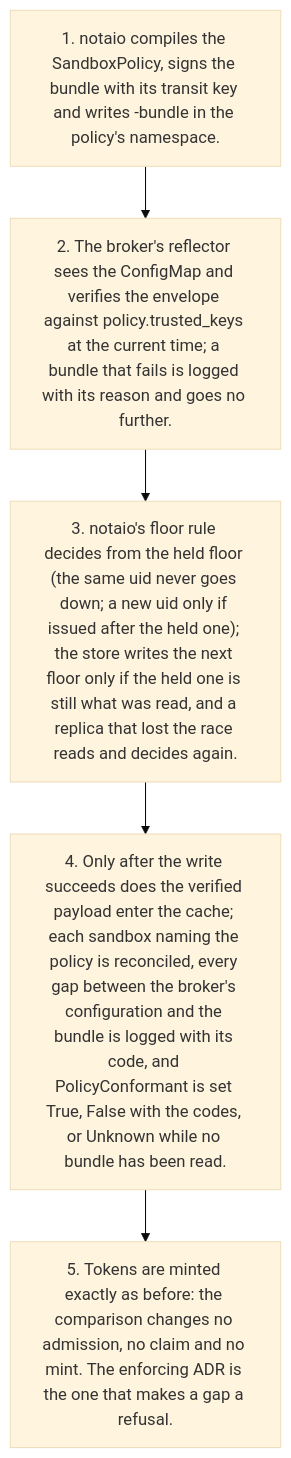
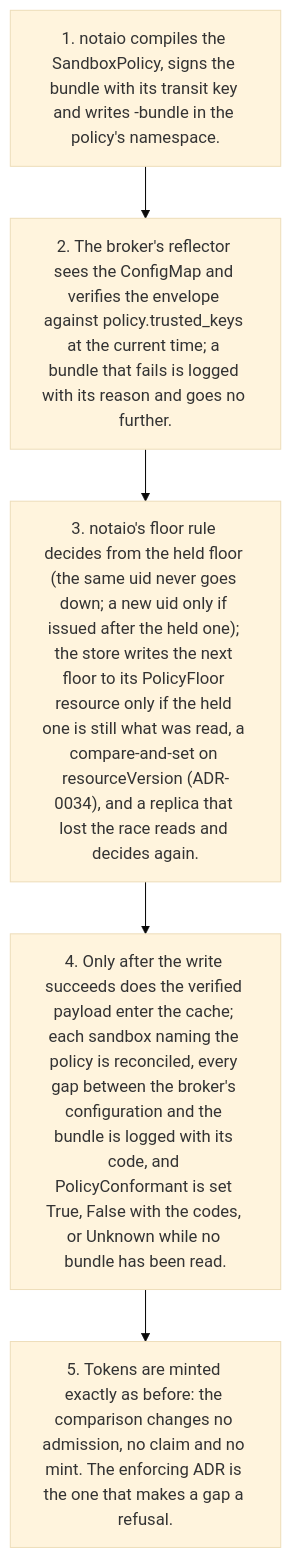
One commit to firestoned/mediatore changed the fourth of 4 diagrams in docs/architecture/diagrams/flows.md. Above: the diagram before and after it, drawn with Mermaid (base theme). The commit also changed 56 other files, not shown here.

First line of the commit message:
feat(store): the Kubernetes API as the broker store (ADR-0034, roadmap 05) (#97)

````diff
--- a/docs/architecture/diagrams/flows.md
+++ b/docs/architecture/diagrams/flows.md
@@ -86,9 +86,9 @@
 ```mermaid
 flowchart TD
     t1["1. notaio compiles the SandboxPolicy, signs the bundle with its transit key and writes <policy>-bundle in the policy's namespace."]
     t2["2. The broker's reflector sees the ConfigMap and verifies the envelope against policy.trusted_keys at the current time; a bundle that fails is logged with its reason and goes no further."]
-    t3["3. notaio's floor rule decides from the held floor (the same uid never goes down; a new uid only if issued after the held one); the store writes the next floor only if the held one is still what was read, and a replica that lost the race reads and decides again."]
+    t3["3. notaio's floor rule decides from the held floor (the same uid never goes down; a new uid only if issued after the held one); the store writes the next floor to its PolicyFloor resource only if the held one is still what was read, a compare-and-set on resourceVersion (ADR-0034), and a replica that lost the race reads and decides again."]
     t4["4. Only after the write succeeds does the verified payload enter the cache; each sandbox naming the policy is reconciled, every gap between the broker's configuration and the bundle is logged with its code, and PolicyConformant is set True, False with the codes, or Unknown while no bundle has been read."]
     t5["5. Tokens are minted exactly as before: the comparison changes no admission, no claim and no mint. The enforcing ADR is the one that makes a gap a refusal."]
     t1 --> t2 --> t3 --> t4 --> t5
 ```
````
